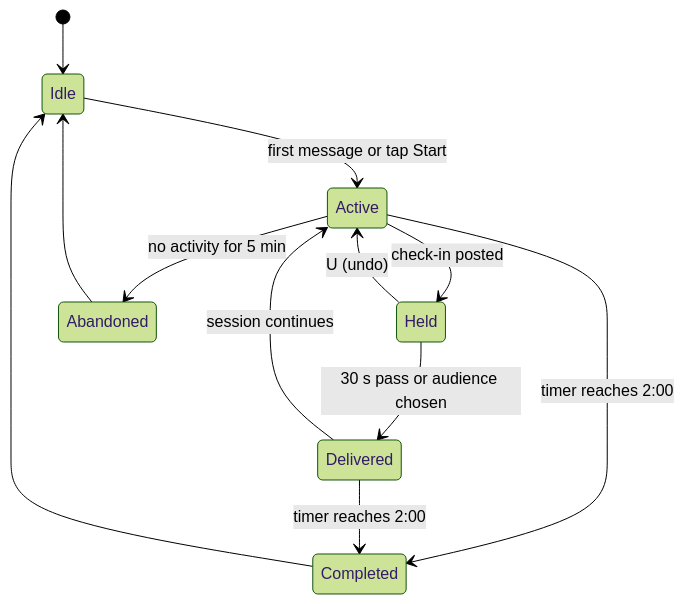
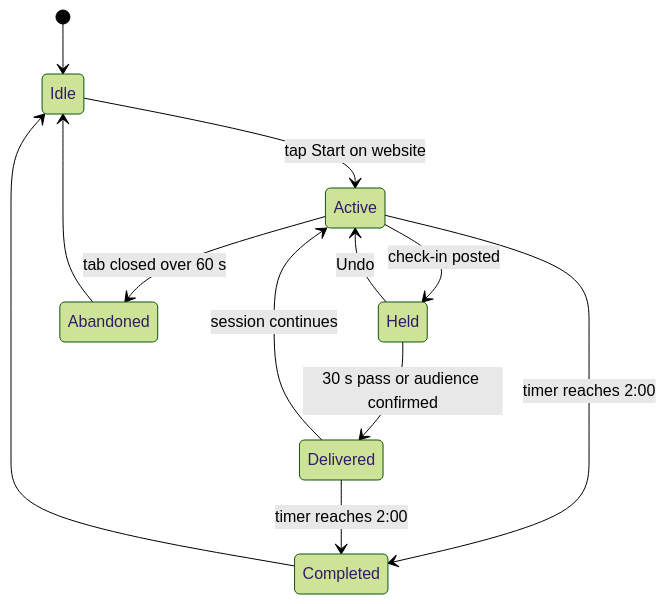
One commit to Sahmey2004/toothbrush-connect changed the first of 2 diagrams in docs/PRD.md. Above: the diagram before and after it, drawn with Mermaid (forest theme). The commit also changed other lines of this file, not shown here.

Commit message:
Update PRD to v3.0: website-hosted product with iMessage delivery

````diff
--- a/docs/PRD.md
+++ b/docs/PRD.md
@@ -185,14 +168,14 @@
 ```mermaid
 stateDiagram-v2
     [*] --> Idle
-    Idle --> Active: first message or tap Start
+    Idle --> Active: tap Start on website
     Active --> Held: check-in posted
-    Held --> Active: U (undo)
-    Held --> Delivered: 30 s pass or audience chosen
+    Held --> Active: Undo
+    Held --> Delivered: 30 s pass or audience confirmed
     Delivered --> Active: session continues
     Active --> Completed: timer reaches 2:00
     Delivered --> Completed: timer reaches 2:00
-    Active --> Abandoned: no activity for 5 min
+    Active --> Abandoned: tab closed over 60 s
     Completed --> Idle
     Abandoned --> Idle
 ```
````
